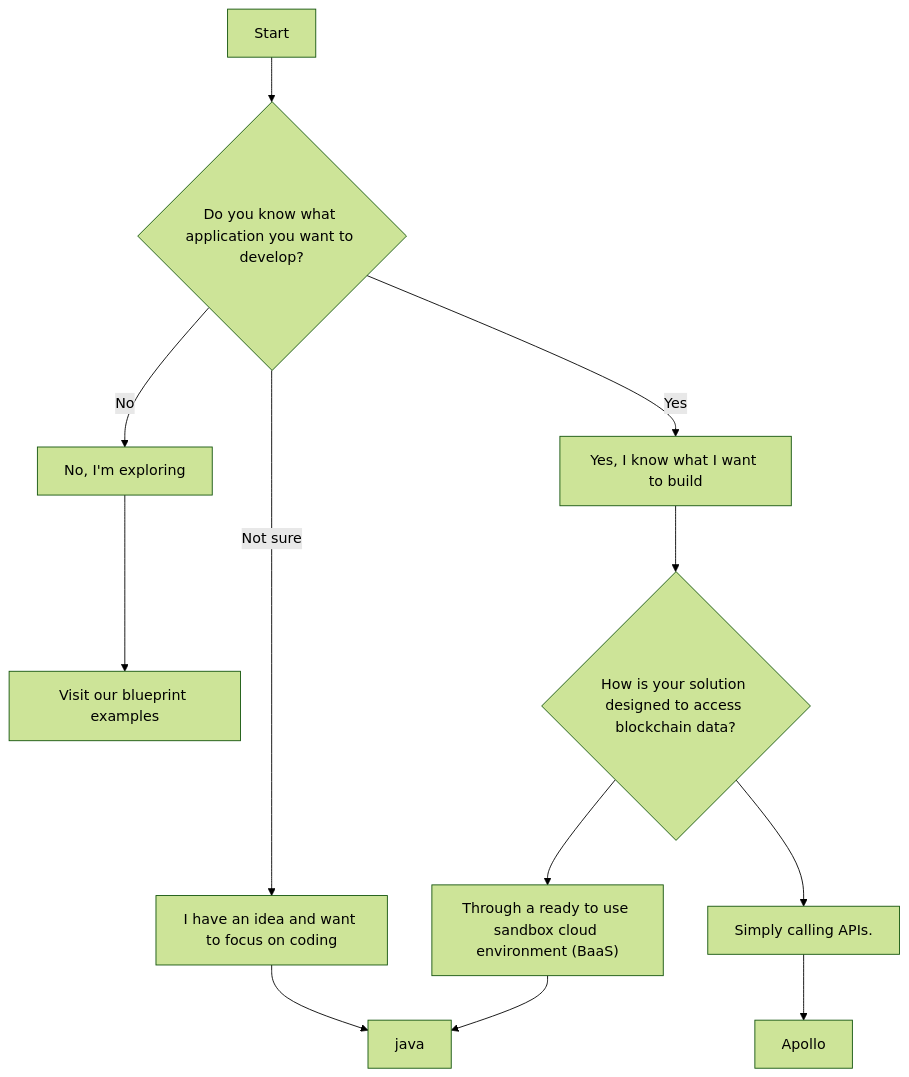
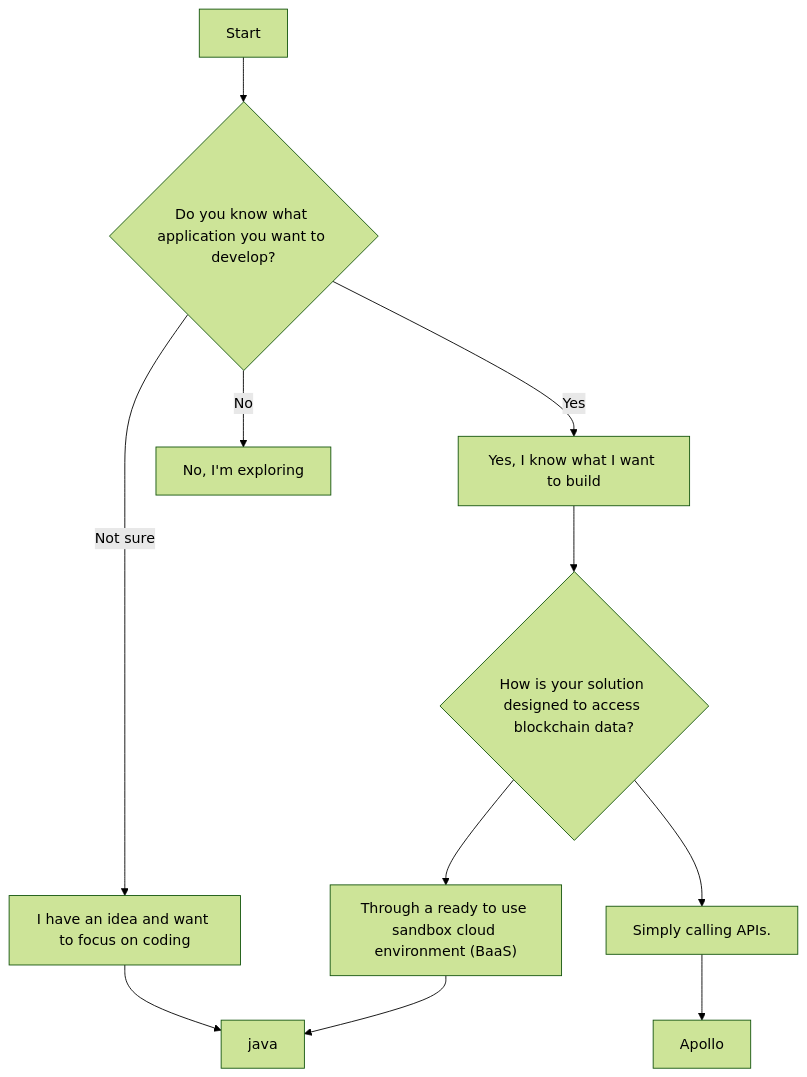
One commit to cardano-foundation/cf-ledger-sync changed the diagram in questionnaire.mmd. Above: the diagram before and after it, drawn with Mermaid (forest theme). The commit also changed 7 other files, not shown here.

```diff
--- a/questionnaire.mmd
+++ b/questionnaire.mmd
@@ -1,16 +1,15 @@
 flowchart TD
     A["Start"] --> B1{"Do you know what application you want to develop?"}
     B1 -- Yes --> C1["Yes, I know what I want to build"]
     B1 -- No --> C2@{ label: "No, I'm exploring" }
     B1 -- Not sure --> C3["I have an idea and want to focus on coding"]
-    C2 --> AA1["Visit our blueprint examples"]
     C3 --> H1["java"]
     C1 --> D1{"How is your solution designed to access blockchain data?"}
     D1 --> E1["Through a ready to use sandbox cloud environment (BaaS)"] & E2["Simply calling APIs."]
     E1 --> H1
     E2 --> P1["Apollo"]
 
     C2@{ shape: rect}
-    click AA1 "https://github.com/"
+    click C2 "https://github.com/"
     click H1 "java"
     click P1 "simplyCallingAPI"
```
